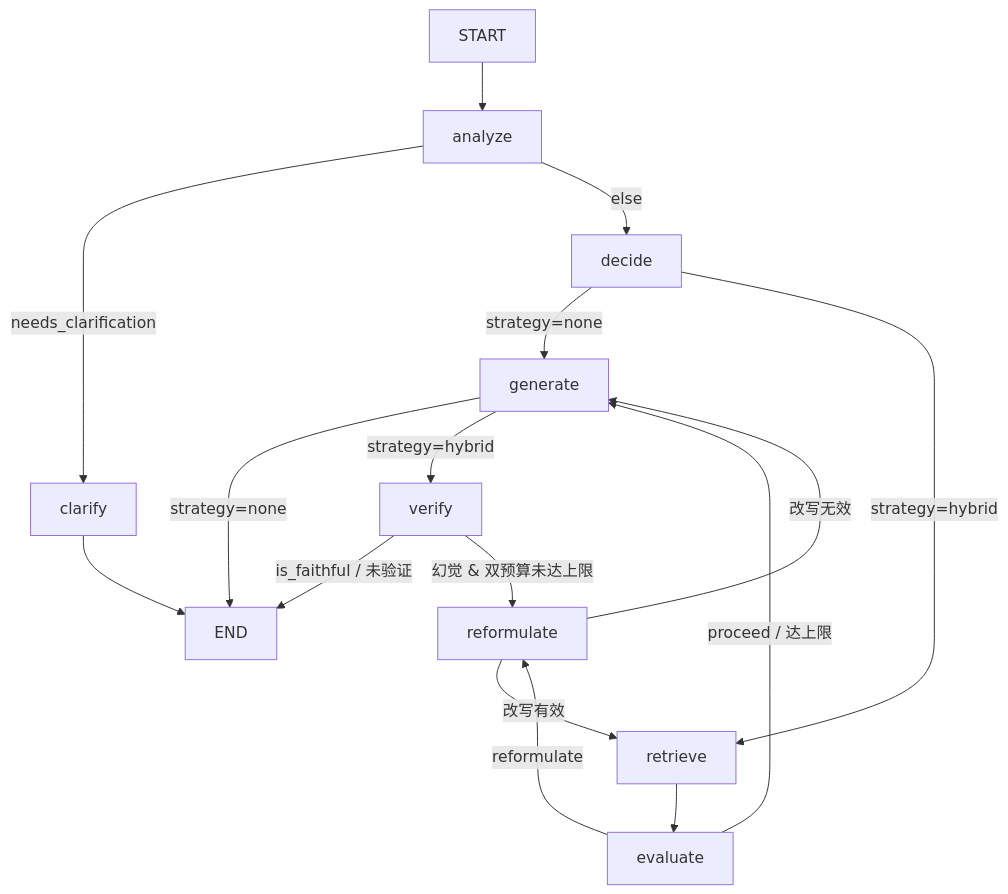
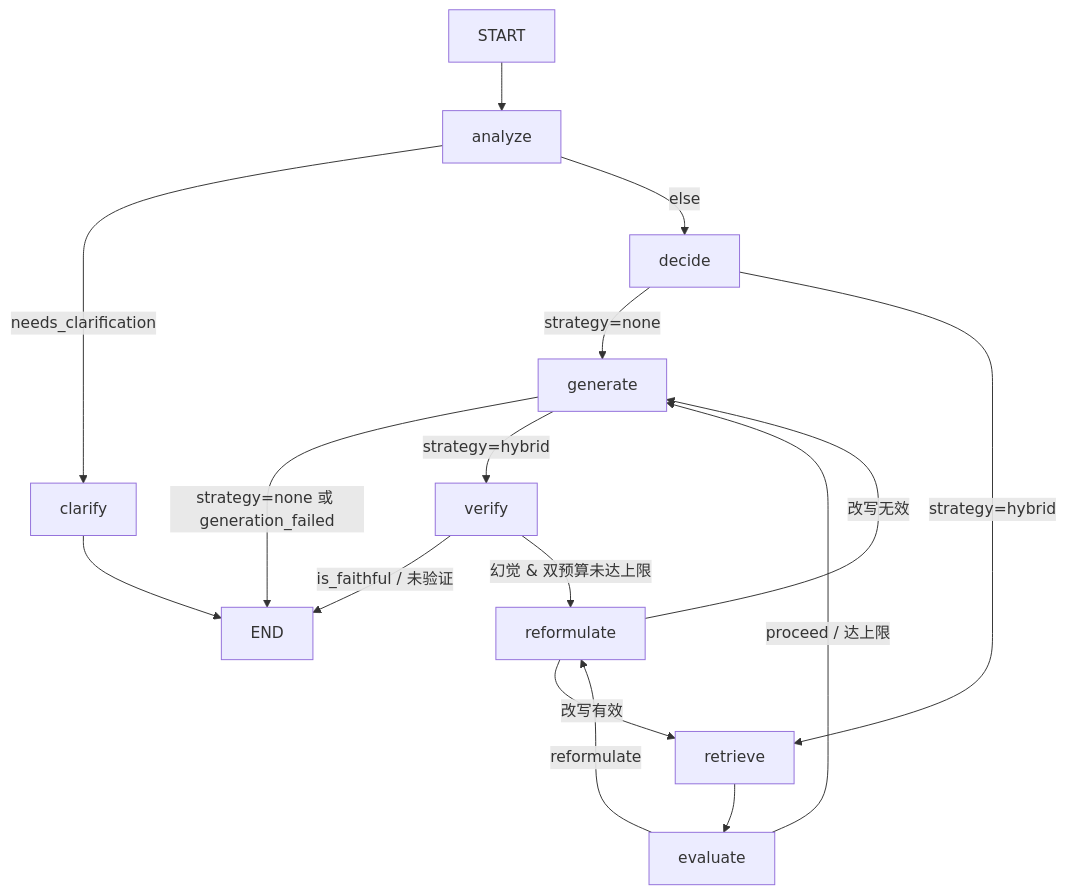
Before and after one commit to yyc2417/RAGForge: the first of 2 diagrams in docs/modules/agent.md, drawn with Mermaid. The commit also changed other lines of this file and 24 other files, not shown here.

````diff
--- a/docs/modules/agent.md
+++ b/docs/modules/agent.md
@@ -55,18 +58,18 @@
 ```mermaid
 graph TD
     START --> Analyze[analyze]
     Analyze -->|needs_clarification| Clarify[clarify]
     Clarify --> END
     Analyze -->|else| Decide[decide]
     Decide -->|strategy=none| Generate[generate]
     Decide -->|strategy=hybrid| Retrieve[retrieve]
     Retrieve --> Evaluate[evaluate]
     Evaluate -->|proceed / 达上限| Generate
     Evaluate -->|reformulate| Reformulate[reformulate]
     Reformulate -->|改写有效| Retrieve
     Reformulate -->|改写无效| Generate
-    Generate -->|strategy=none| END
+    Generate -->|strategy=none 或 generation_failed| END
     Generate -->|strategy=hybrid| Verify[verify]
     Verify -->|is_faithful / 未验证| END
     Verify -->|幻觉 & 双预算未达上限| Reformulate
 ```
````
